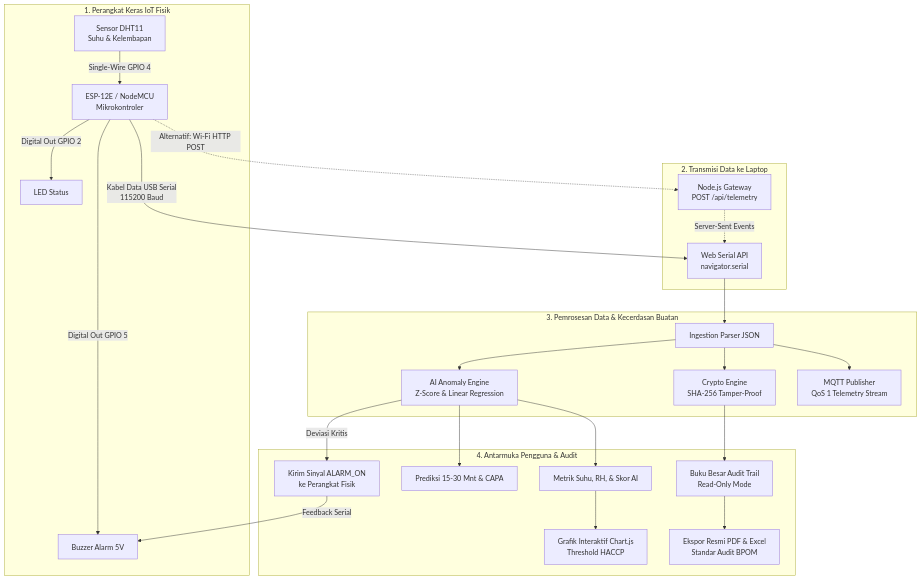
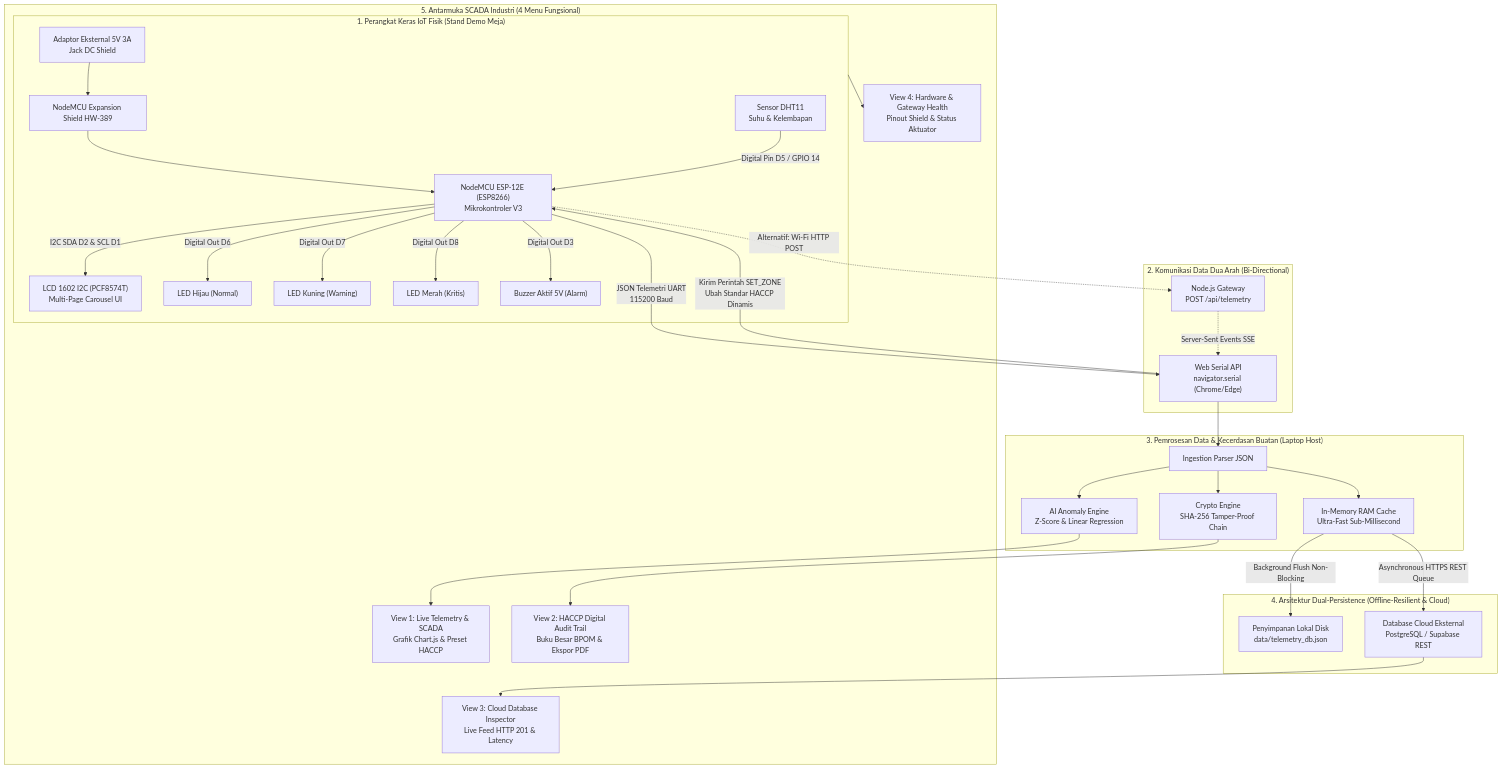
One commit to ilyasaa2/PantauPangan changed the diagram in ALUR_SISTEM.md. Above: the diagram before and after it, drawn with Mermaid. The commit also changed other lines of this file and 8 other files, not shown here.

Commit message:
feat(expo): add LCD carousel, cloud database inspector, expo UI and updated documentation

````diff
--- a/ALUR_SISTEM.md
+++ b/ALUR_SISTEM.md
@@ -11,31 +11,39 @@
 ```mermaid
 flowchart TD
-    subgraph NODE [1. Perangkat Keras IoT Fisik]
-        DHT[Sensor DHT11\nSuhu & Kelembapan] -->|Single-Wire GPIO 4| ESP[ESP-12E / NodeMCU\nMikrokontroler]
-        ESP -->|Digital Out GPIO 5| BUZZER[Buzzer Alarm 5V]
-        ESP -->|Digital Out GPIO 2| LED[LED Status]
+    subgraph NODE ["1. Perangkat Keras IoT Fisik (Stand Demo Meja)"]
+        PWR["Adaptor Eksternal 5V 3A\nJack DC Shield"] --> SHIELD["NodeMCU Expansion Shield HW-389"]
+        SHIELD --> ESP["NodeMCU ESP-12E (ESP8266)\nMikrokontroler V3"]
+        DHT["Sensor DHT11\nSuhu & Kelembapan"] -->|Digital Pin D5 / GPIO 14| ESP
+        ESP -->|I2C SDA D2 & SCL D1| LCD["LCD 1602 I2C (PCF8574T)\nMulti-Page Carousel UI"]
+        ESP -->|Digital Out D6| LED_G["LED Hijau (Normal)"]
+        ESP -->|Digital Out D7| LED_Y["LED Kuning (Warning)"]
+        ESP -->|Digital Out D8| LED_R["LED Merah (Kritis)"]
+        ESP -->|Digital Out D3| BUZZ["Buzzer Aktif 5V (Alarm)"]
     end
 
-    subgraph TRANSMISI [2. Transmisi Data ke Laptop]
-        ESP -->|Kabel Data USB Serial\n115200 Baud| USBSERIAL[Web Serial API\nnavigator.serial]
-        ESP -.->|Alternatif: Wi-Fi HTTP POST| API_SERVER[Node.js Gateway\nPOST /api/telemetry]
-        API_SERVER -.->|Server-Sent Events| USBSERIAL
+    subgraph TRANSMISI ["2. Komunikasi Data Dua Arah (Bi-Directional)"]
+        ESP -->|JSON Telemetri UART\n115200 Baud| USBSERIAL["Web Serial API\nnavigator.serial (Chrome/Edge)"]
+        USBSERIAL -->|Kirim Perintah SET_ZONE\nUbah Standar HACCP Dinamis| ESP
+        ESP -.->|Alternatif: Wi-Fi HTTP POST| API_SERVER["Node.js Gateway\nPOST /api/telemetry"]
+        API_SERVER -.->|Server-Sent Events SSE| USBSERIAL
     end
 
-    subgraph ENGINE [3. Pemrosesan Data & Kecerdasan Buatan]
-        USBSERIAL --> INGEST[Ingestion Parser JSON]
-        INGEST --> AI[AI Anomaly Engine\nZ-Score & Linear Regression]
-        INGEST --> HASH[Crypto Engine\nSHA-256 Tamper-Proof]
-        INGEST --> MQTT[MQTT Publisher\nQoS 1 Telemetry Stream]
+    subgraph ENGINE ["3. Pemrosesan Data & Kecerdasan Buatan (Laptop Host)"]
+        USBSERIAL --> INGEST["Ingestion Parser JSON"]
+        INGEST --> RAM_DB["In-Memory RAM Cache\nUltra-Fast Sub-Millisecond"]
+        INGEST --> AI["AI Anomaly Engine\nZ-Score & Linear Regression"]
+        INGEST --> HASH["Crypto Engine\nSHA-256 Tamper-Proof Chain"]
     end
 
-    subgraph DASHBOARD [4. Antarmuka Pengguna & Audit]
-        AI --> METRICS[Metrik Suhu, RH, & Skor AI]
-        AI --> FORECAST[Prediksi 15-30 Mnt & CAPA]
-        AI -->|Deviasi Kritis| ACTUATE[Kirim Sinyal ALARM_ON\nke Perangkat Fisik]
-        ACTUATE -->|Feedback Serial| BUZZER
-        HASH --> LEDGER[Buku Besar Audit Trail\nRead-Only Mode]
-        METRICS --> CHART[Grafik Interaktif Chart.js\nThreshold HACCP]
-        LEDGER --> EXPORT[Ekspor Resmi PDF & Excel\nStandar Audit BPOM]
+    subgraph PERSISTENCE ["4. Arsitektur Dual-Persistence (Offline-Resilient & Cloud)"]
+        RAM_DB -->|Background Flush Non-Blocking| LOCAL_DISK["Penyimpanan Lokal Disk\ndata/telemetry_db.json"]
+        RAM_DB -->|Asynchronous HTTPS REST Queue| CLOUD_DB["Database Cloud Eksternal\nPostgreSQL / Supabase REST"]
+    end
+
+    subgraph DASHBOARD ["5. Antarmuka SCADA Industri (4 Menu Fungsional)"]
+        AI --> VIEW_MON["View 1: Live Telemetry & SCADA\nGrafik Chart.js & Preset HACCP"]
+        HASH --> VIEW_AUDIT["View 2: HACCP Digital Audit Trail\nBuku Besar BPOM & Ekspor PDF"]
+        CLOUD_DB --> VIEW_CLOUD["View 3: Cloud Database Inspector\nLive Feed HTTP 201 & Latency"]
+        NODE --> VIEW_HW["View 4: Hardware & Gateway Health\nPinout Shield & Status Aktuator"]
     end
 ```
````
